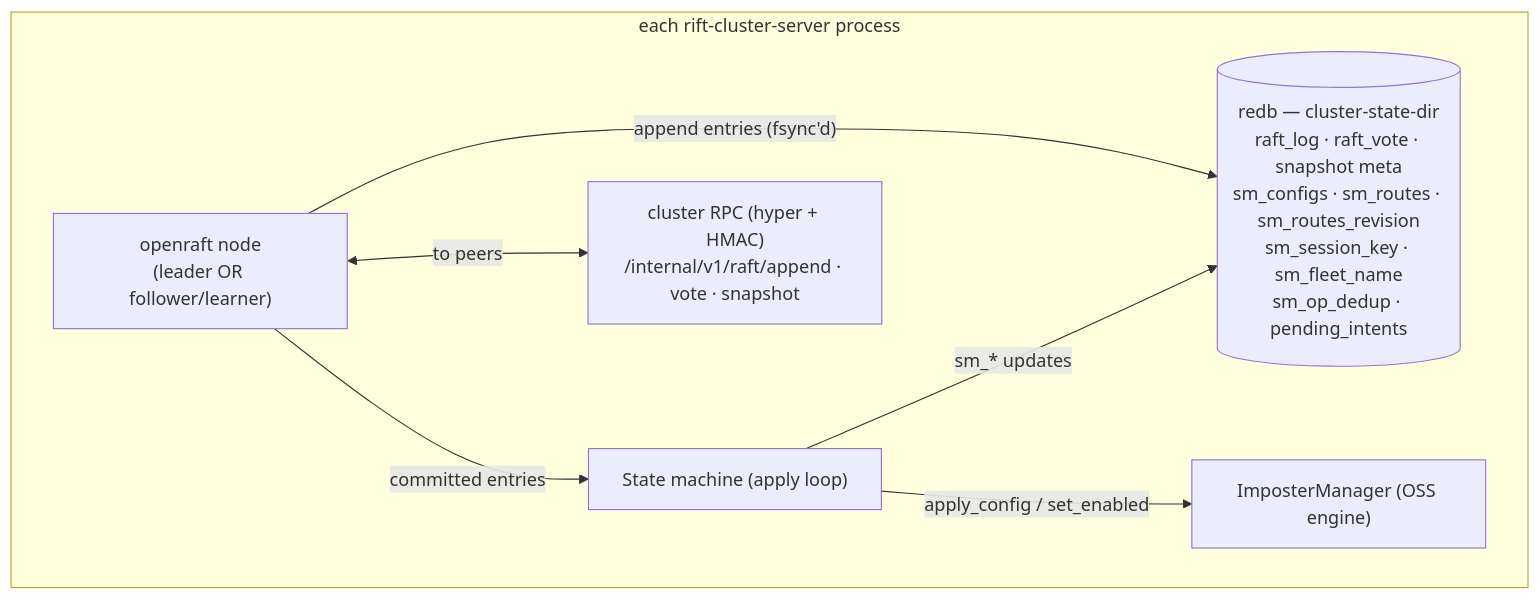
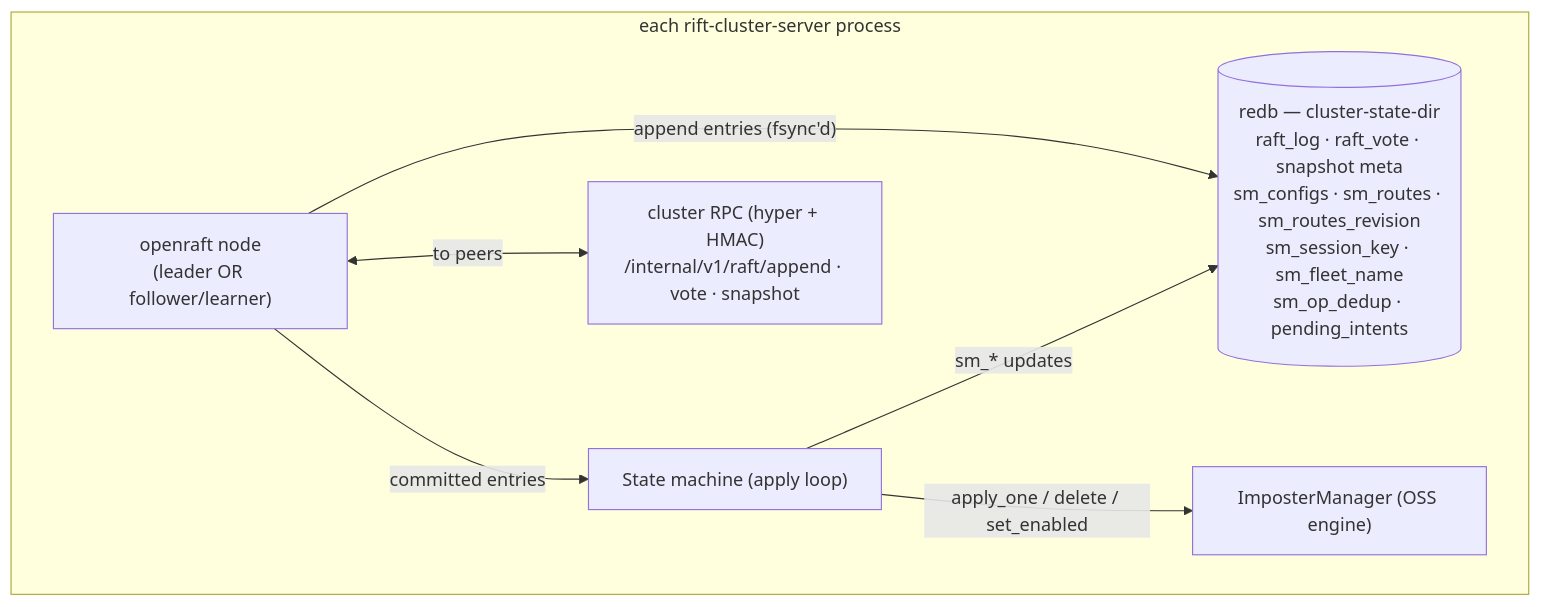
Before and after one commit to achird-labs/rift-cluster: the first of 2 diagrams in docs/architecture/03-control-plane.md, drawn with Mermaid. The commit also changed other lines of this file and 5 other files, not shown here.

````diff
--- a/docs/architecture/03-control-plane.md
+++ b/docs/architecture/03-control-plane.md
@@ -37,16 +37,16 @@
 ```mermaid
 flowchart TB
     subgraph Node["each rift-cluster-server process"]
         RN["openraft node<br/>(leader OR follower/learner)"]
         SM["State machine (apply loop)"]
         DB[("redb — cluster-state-dir<br/>raft_log · raft_vote · snapshot meta<br/>sm_configs · sm_routes · sm_routes_revision<br/>sm_session_key · sm_fleet_name<br/>sm_op_dedup · pending_intents")]
         IM["ImposterManager (OSS engine)"]
         RPC["cluster RPC (hyper + HMAC)<br/>/internal/v1/raft/append · vote · snapshot"]
     end
 
     RN -- "append entries (fsync'd)" --> DB
     RN -- "committed entries" --> SM
     SM -- "sm_* updates" --> DB
-    SM -- "apply_config / set_enabled" --> IM
+    SM -- "apply_one / delete / set_enabled" --> IM
     RN <-- "to peers" --> RPC
 ```
````
